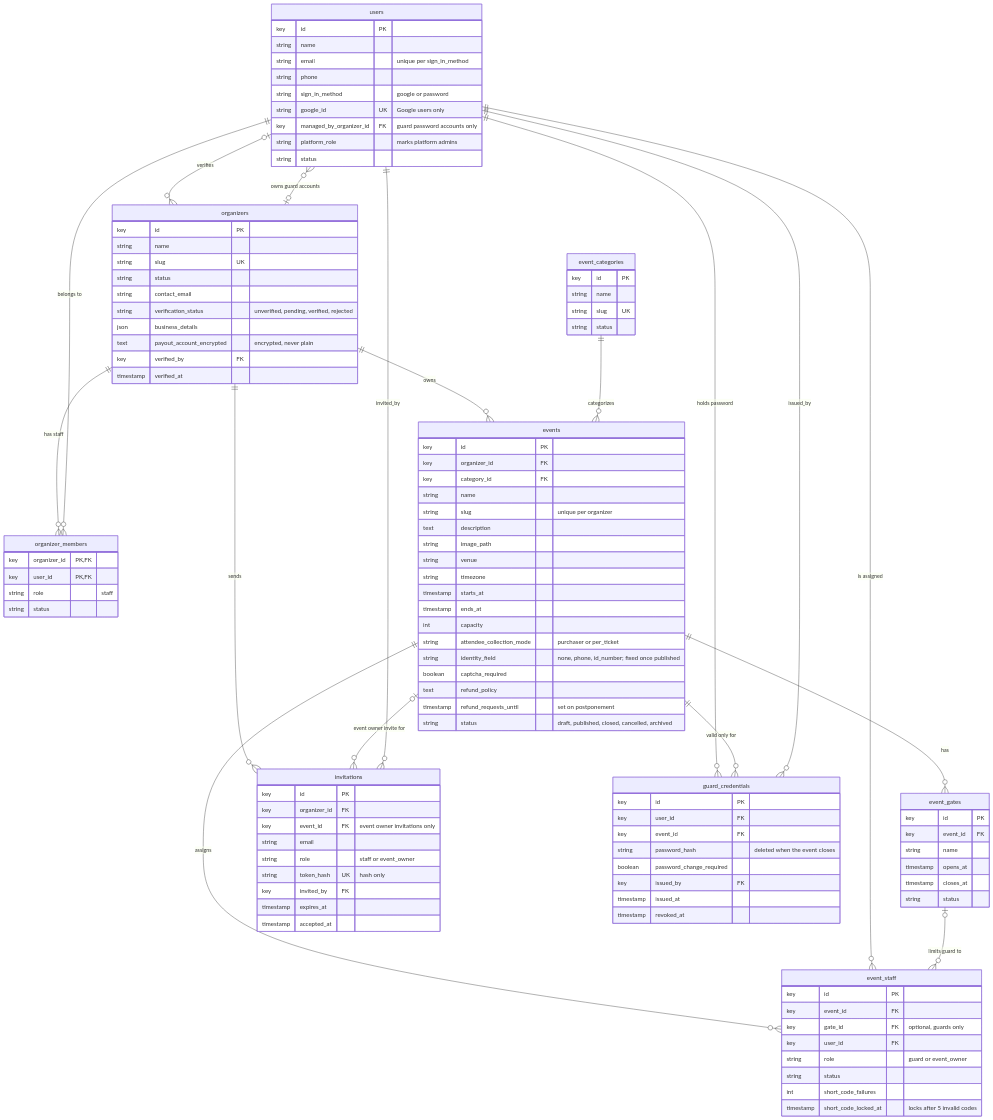
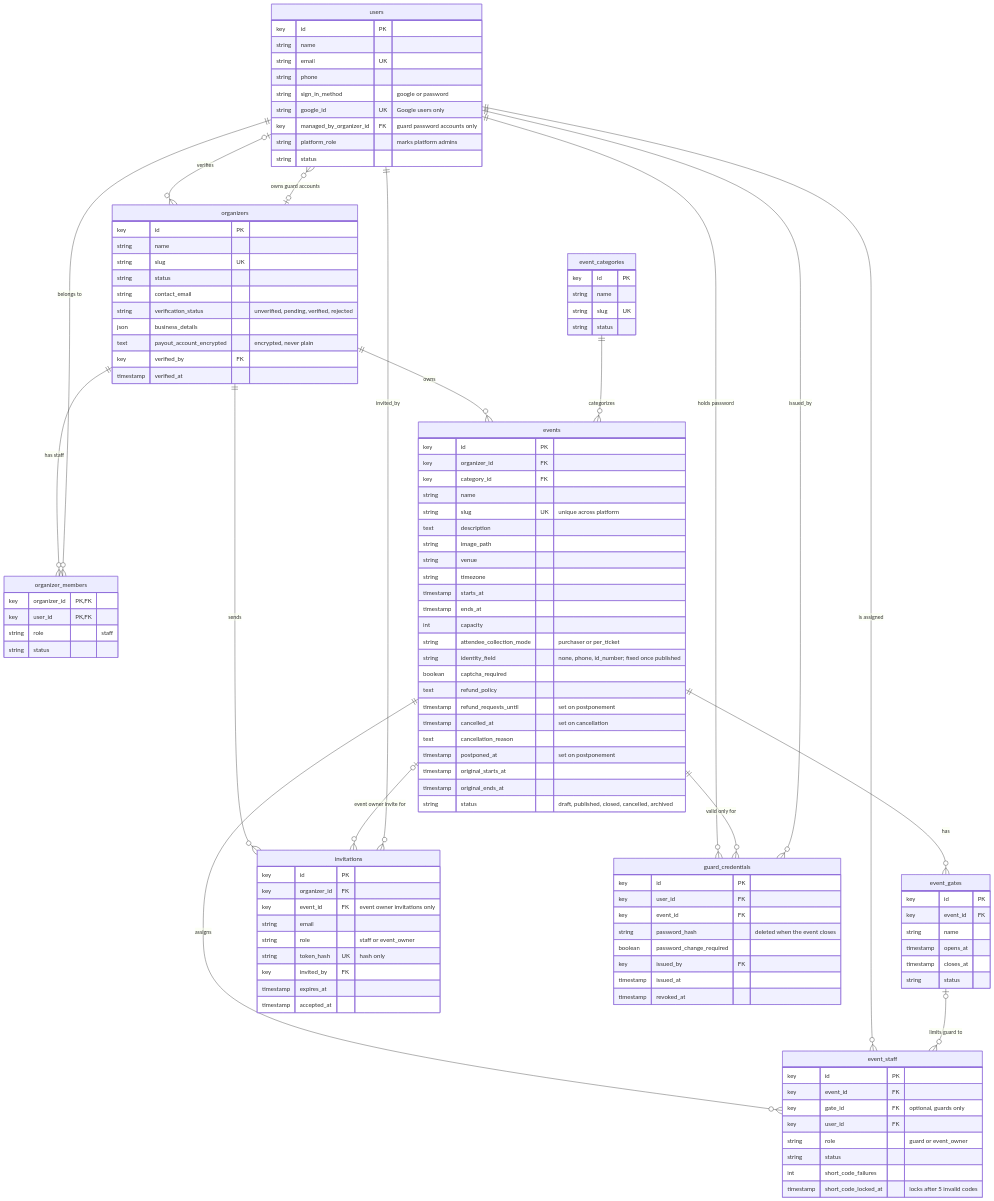
One commit to kreativesahara/ticket changed the diagram in doc/diagrams/erd/01-identity-and-tenancy.mmd. Above: the diagram before and after it, drawn with Mermaid. The commit also changed 16 other files, not shown here.

Commit message:
docs: add entity relationship diagrams and documentation for system architecture

```diff
--- a/doc/diagrams/erd/01-identity-and-tenancy.mmd
+++ b/doc/diagrams/erd/01-identity-and-tenancy.mmd
@@ -1,112 +1,117 @@
 erDiagram
     users {
         key id PK
         string name
-        string email "unique per sign_in_method"
+        string email UK
         string phone
         string sign_in_method "google or password"
         string google_id UK "Google users only"
         key managed_by_organizer_id FK "guard password accounts only"
         string platform_role "marks platform admins"
         string status
     }
     organizers {
         key id PK
         string name
         string slug UK
         string status
         string contact_email
         string verification_status "unverified, pending, verified, rejected"
         json business_details
         text payout_account_encrypted "encrypted, never plain"
         key verified_by FK
         timestamp verified_at
     }
     organizer_members {
         key organizer_id PK, FK
         key user_id PK, FK
         string role "staff"
         string status
     }
     event_categories {
         key id PK
         string name
         string slug UK
         string status
     }
     events {
         key id PK
         key organizer_id FK
         key category_id FK
         string name
-        string slug "unique per organizer"
+        string slug UK "unique across platform"
         text description
         string image_path
         string venue
         string timezone
         timestamp starts_at
         timestamp ends_at
         int capacity
         string attendee_collection_mode "purchaser or per_ticket"
         string identity_field "none, phone, id_number; fixed once published"
         boolean captcha_required
         text refund_policy
         timestamp refund_requests_until "set on postponement"
+        timestamp cancelled_at "set on cancellation"
+        text cancellation_reason
+        timestamp postponed_at "set on postponement"
+        timestamp original_starts_at
+        timestamp original_ends_at
         string status "draft, published, closed, cancelled, archived"
     }
     event_gates {
         key id PK
         key event_id FK
         string name
         timestamp opens_at
         timestamp closes_at
         string status
     }
     event_staff {
         key id PK
         key event_id FK
         key gate_id FK "optional, guards only"
         key user_id FK
         string role "guard or event_owner"
         string status
         int short_code_failures
         timestamp short_code_locked_at "locks after 5 invalid codes"
     }
     invitations {
         key id PK
         key organizer_id FK
         key event_id FK "event owner invitations only"
         string email
         string role "staff or event_owner"
         string token_hash UK "hash only"
         key invited_by FK
         timestamp expires_at
         timestamp accepted_at
     }
     guard_credentials {
         key id PK
         key user_id FK
         key event_id FK
         string password_hash "deleted when the event closes"
         boolean password_change_required
         key issued_by FK
         timestamp issued_at
         timestamp revoked_at
     }
 
     organizers ||--o{ organizer_members : "has staff"
     users ||--o{ organizer_members : "belongs to"
     organizers |o--o{ users : "owns guard accounts"
     users |o--o{ organizers : "verifies"
     organizers ||--o{ events : "owns"
     event_categories ||--o{ events : "categorizes"
     events ||--o{ event_gates : "has"
     events ||--o{ event_staff : "assigns"
     users ||--o{ event_staff : "is assigned"
     event_gates |o--o{ event_staff : "limits guard to"
     organizers ||--o{ invitations : "sends"
     events |o--o{ invitations : "event owner invite for"
     users ||--o{ invitations : "invited_by"
     users ||--o{ guard_credentials : "holds password"
     events ||--o{ guard_credentials : "valid only for"
     users ||--o{ guard_credentials : "issued_by"
```
